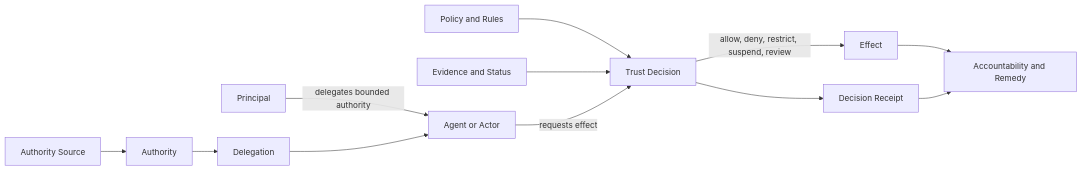
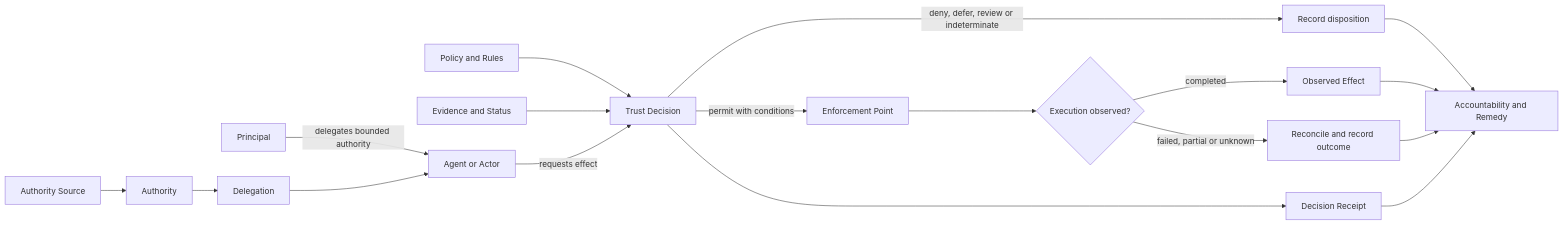
Before and after one commit to qbf-consulting/governance-authority-assurance-metamodel: the first of 11 diagrams in diagrams/architecture-diagrams.md, drawn with Mermaid. The commit also changed other lines of this file and 13 other files, not shown here.

````diff
--- a/diagrams/architecture-diagrams.md
+++ b/diagrams/architecture-diagrams.md
@@ -18,14 +18,20 @@
 ```mermaid
 flowchart LR
   P[Principal] -->|delegates bounded authority| A[Agent or Actor]
   S[Authority Source] --> AU[Authority]
   AU --> D[Delegation]
   D --> A
   POL[Policy and Rules] --> TD[Trust Decision]
   E[Evidence and Status] --> TD
   A -->|requests effect| TD
-  TD -->|allow, deny, restrict, suspend, review| EF[Effect]
+  TD -->|permit with conditions| ENF[Enforcement Point]
+  TD -->|deny, defer, review or indeterminate| NO[Record disposition]
   TD --> DR[Decision Receipt]
-  EF --> AC[Accountability and Remedy]
+  ENF --> EX{Execution observed?}
+  EX -->|completed| EF[Observed Effect]
+  EX -->|failed, partial or unknown| REC[Reconcile and record outcome]
+  NO --> AC[Accountability and Remedy]
+  EF --> AC
+  REC --> AC
   DR --> AC
 ```
````
